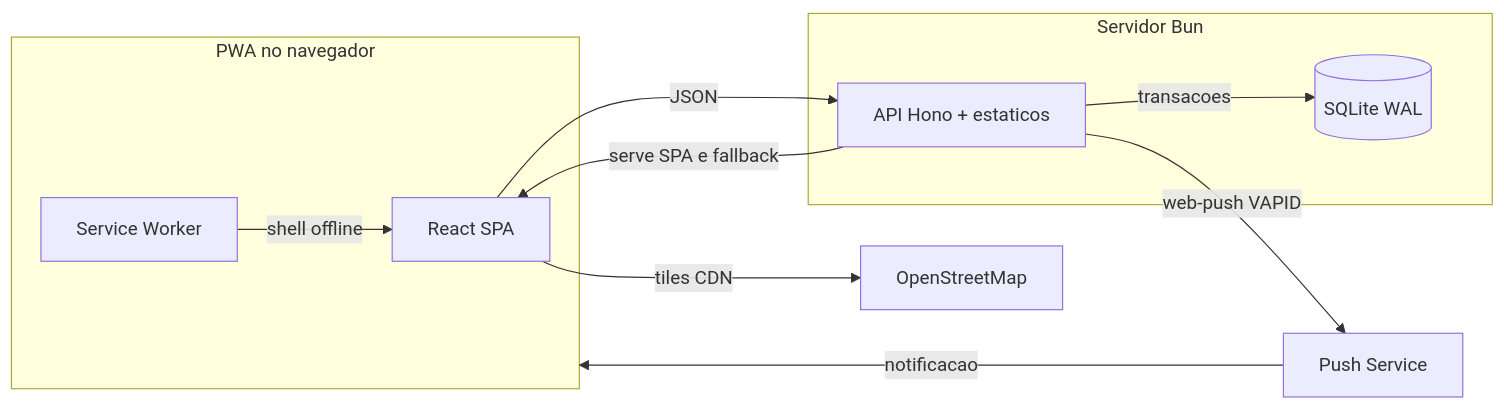
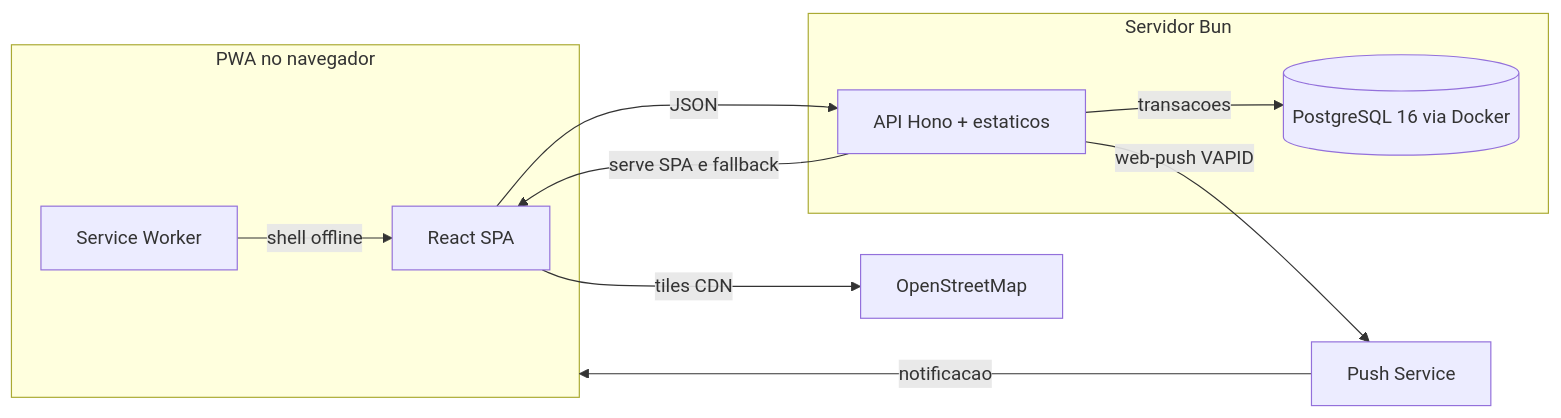
One commit to maduwainer/xepaja changed the diagram in README.md. Above: the diagram before and after it, drawn with Mermaid. The commit also changed other lines of this file and 75 other files, not shown here.

````diff
--- a/README.md
+++ b/README.md
@@ -22,18 +22,18 @@
 ```mermaid
 flowchart LR
     subgraph NAVEGADOR[PWA no navegador]
         UI[React SPA]
         SW[Service Worker]
     end
     subgraph BUN[Servidor Bun]
         API[API Hono + estaticos]
-        DB[(SQLite WAL)]
+        DB[(PostgreSQL 16 via Docker)]
     end
     UI -->|JSON| API
     API -->|serve SPA e fallback| UI
     SW -->|shell offline| UI
     API -->|transacoes| DB
     API -->|web-push VAPID| PUSH[Push Service]
     PUSH -->|notificacao| NAVEGADOR
     UI -->|tiles CDN| OSM[OpenStreetMap]
 ```
````
